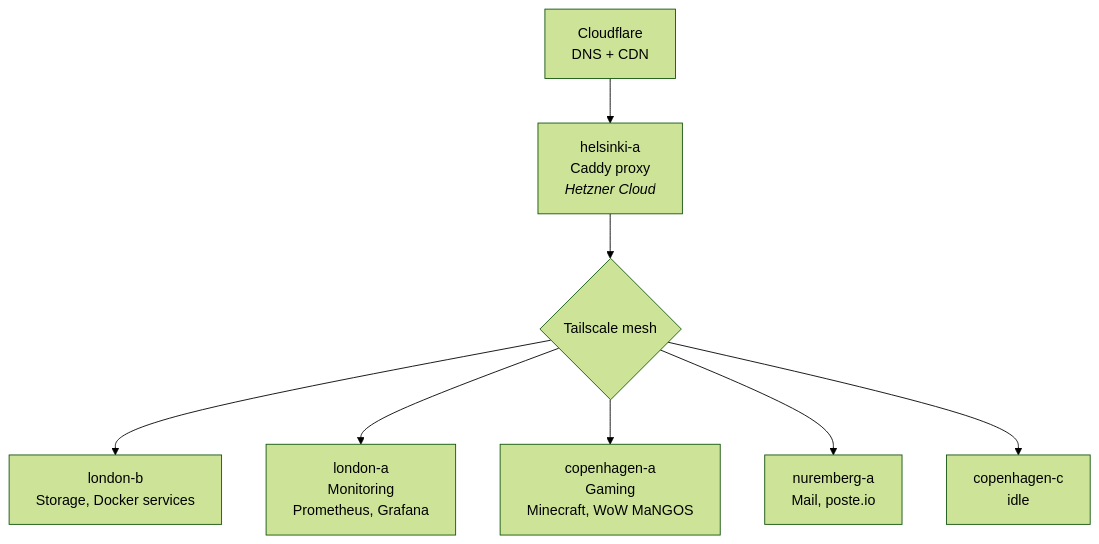
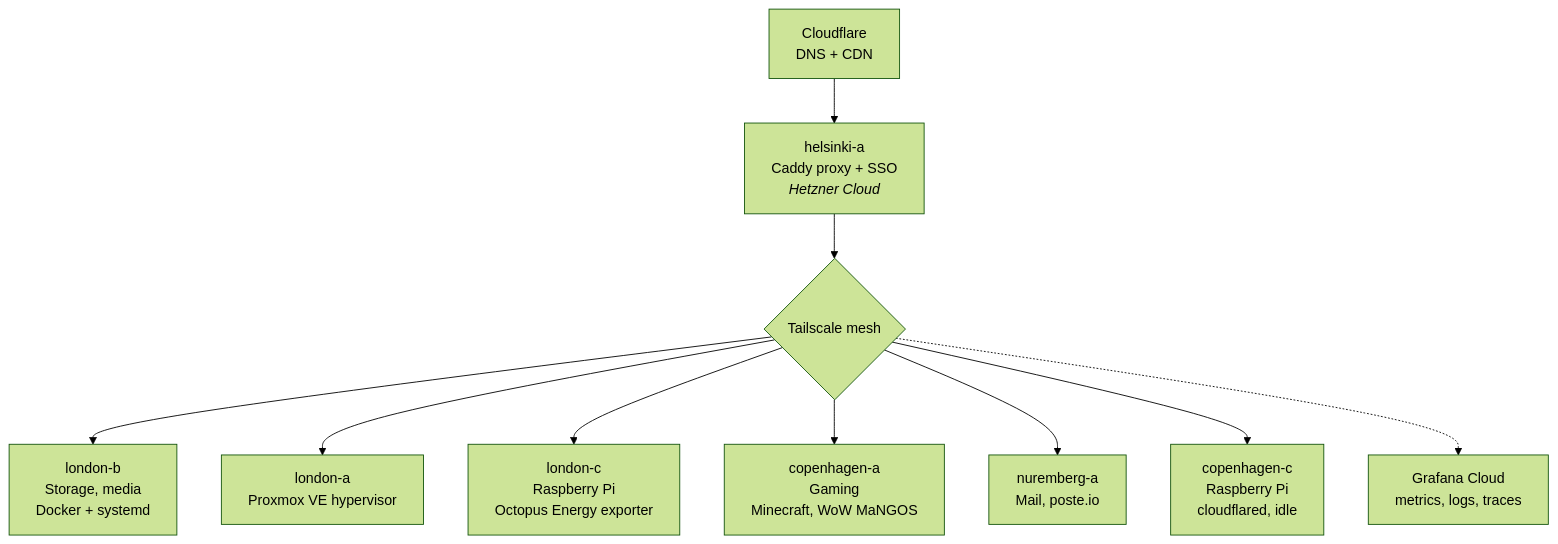
The diagram in README.md (RWejlgaard/pez-infra), drawn with Mermaid (forest theme) before and after one commit. The commit also changed other lines of this file and 15 other files, not shown here.

````diff
--- a/README.md
+++ b/README.md
@@ -14,10 +14,12 @@
 ```mermaid
 graph TD
-    CF[Cloudflare<br/>DNS + CDN] --> HEL[helsinki-a<br/>Caddy proxy<br/><i>Hetzner Cloud</i>]
+    CF[Cloudflare<br/>DNS + CDN] --> HEL[helsinki-a<br/>Caddy proxy + SSO<br/><i>Hetzner Cloud</i>]
     HEL --> TS{Tailscale mesh}
-    TS --> LB[london-b<br/>Storage, Docker services]
-    TS --> LA[london-a<br/>Monitoring<br/>Prometheus, Grafana]
+    TS --> LB[london-b<br/>Storage, media<br/>Docker + systemd]
+    TS --> LA[london-a<br/>Proxmox VE hypervisor]
+    TS --> LC[london-c<br/>Raspberry Pi<br/>Octopus Energy exporter]
     TS --> CA[copenhagen-a<br/>Gaming<br/>Minecraft, WoW MaNGOS]
     TS --> NUR[nuremberg-a<br/>Mail, poste.io]
-    TS --> CC[copenhagen-c<br/>idle]
+    TS --> CC[copenhagen-c<br/>Raspberry Pi<br/>cloudflared, idle]
+    TS -.-> GC[Grafana Cloud<br/>metrics, logs, traces]
 ```
````
